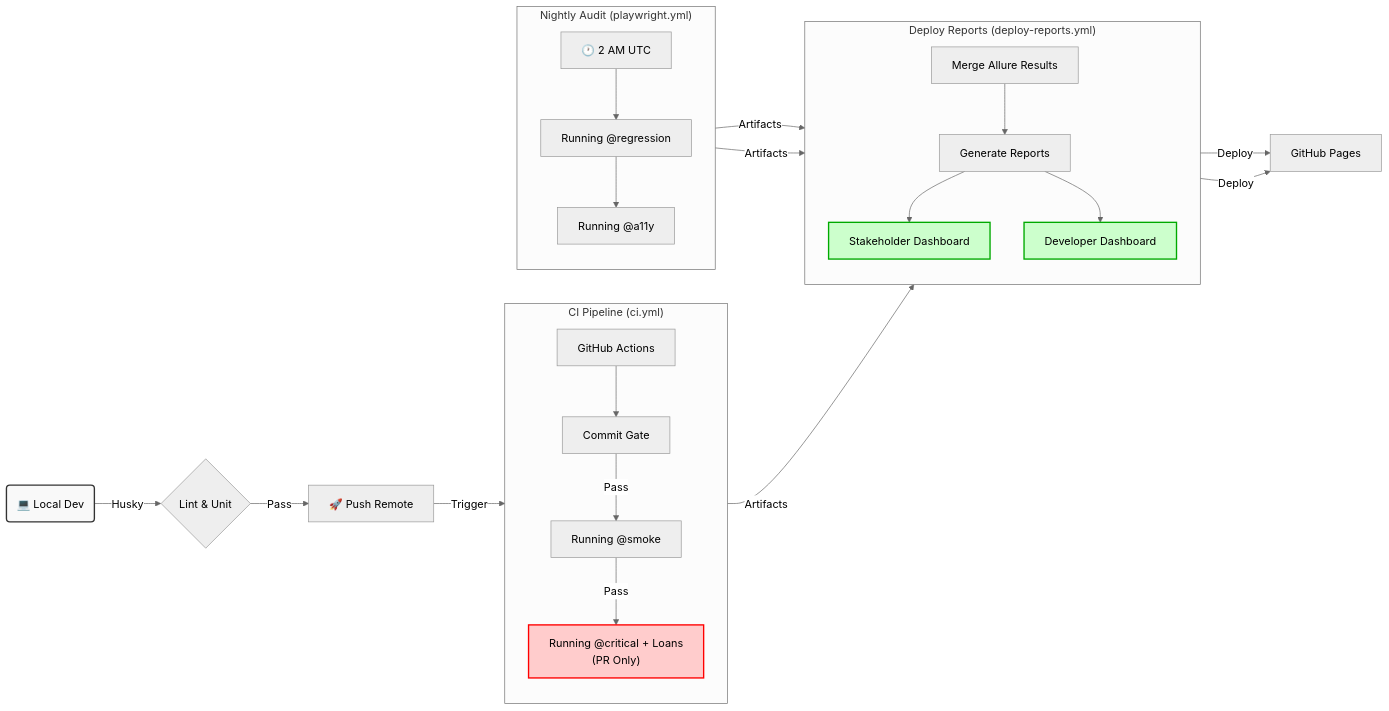
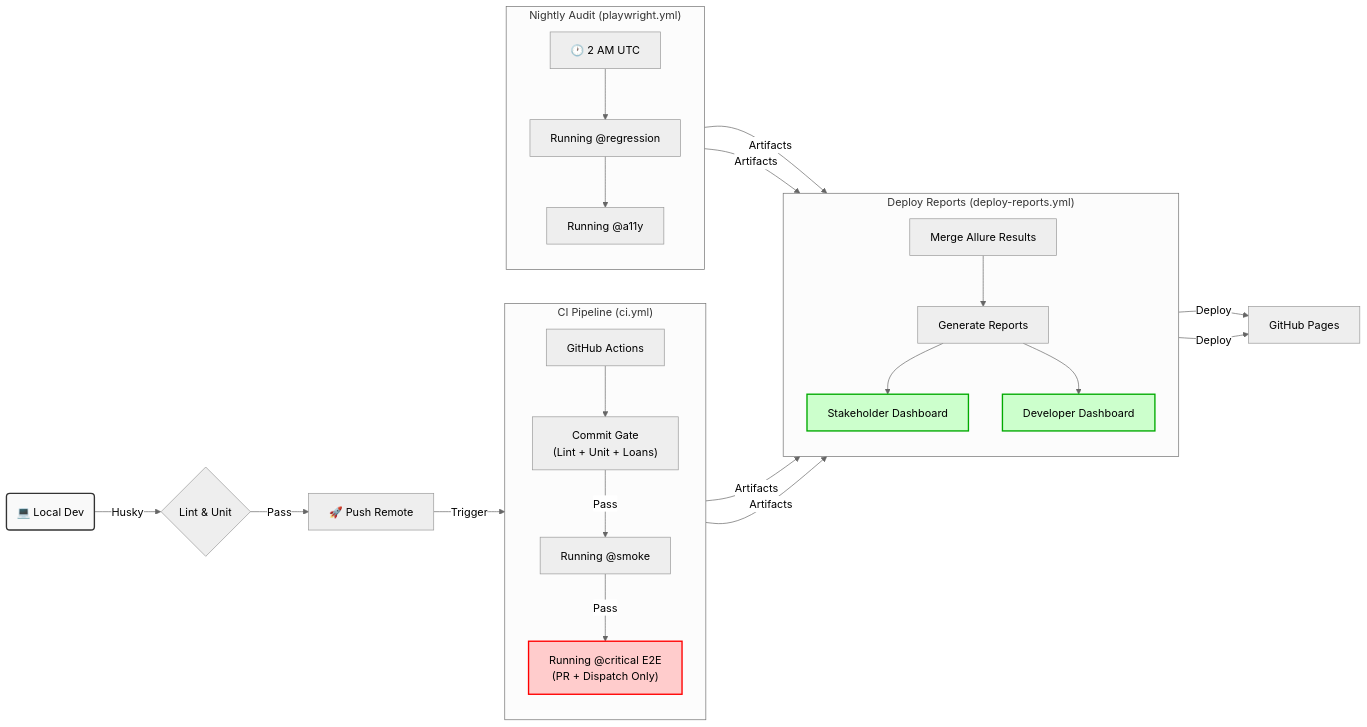
Before and after one commit to theRainMaker1001/QA-Automation-Suites: the second of 2 diagrams in docs/TECHNICAL-DESIGN.MD, drawn with Mermaid (neutral theme). The commit also changed other lines of this file and 4 other files, not shown here.

First line of the commit message:
fix(ci): moved loan report generation to commit-gate for more reliable dashboards:

````diff
--- a/docs/TECHNICAL-DESIGN.MD
+++ b/docs/TECHNICAL-DESIGN.MD
@@ -136,37 +136,38 @@
 ```mermaid
 graph LR
     Local(💻 Local Dev) -->|Husky| Gate1{Lint & Unit}
     Gate1 -->|Pass| Push[🚀 Push Remote]
     Push -->|Trigger| CI[GitHub Actions]
 
     subgraph "CI Pipeline (ci.yml)"
     direction TB
-    CI --> CommitGate[Commit Gate]
+    CI --> CommitGate["Commit Gate<br/>(Lint + Unit + Loans)"]
     CommitGate -->|Pass| Smoke[Running @smoke]
-    Smoke -->|Pass| Critical["Running @critical + Loans<br/>(PR Only)"]
+    Smoke -->|Pass| Critical["Running @critical E2E<br/>(PR + Dispatch Only)"]
     end
 
     subgraph "Nightly Audit (playwright.yml)"
     direction TB
     Nightly[🕐 2 AM UTC] --> Regression[Running @regression]
     Regression --> A11y[Running @a11y]
     end
 
     subgraph "Deploy Reports (deploy-reports.yml)"
     direction TB
     Merge[Merge Allure Results] --> Generate[Generate Reports]
     Generate --> Stakeholder[Stakeholder Dashboard]
     Generate --> Allure[Developer Dashboard]
     end
 
+    CommitGate -->|Artifacts| Merge
     Critical -->|Artifacts| Merge
     Regression -->|Artifacts| Merge
     A11y -->|Artifacts| Merge
     Stakeholder -->|Deploy| Pages[GitHub Pages]
     Allure -->|Deploy| Pages
 
     style Local fill:#f9f9f9,stroke:#333,stroke-width:2px,color:black
     style Critical fill:#ffcccc,stroke:#ff0000,stroke-width:2px,color:black
     style Stakeholder fill:#ccffcc,stroke:#00aa00,stroke-width:2px,color:black
     style Allure fill:#ccffcc,stroke:#00aa00,stroke-width:2px,color:black
 ```
````
